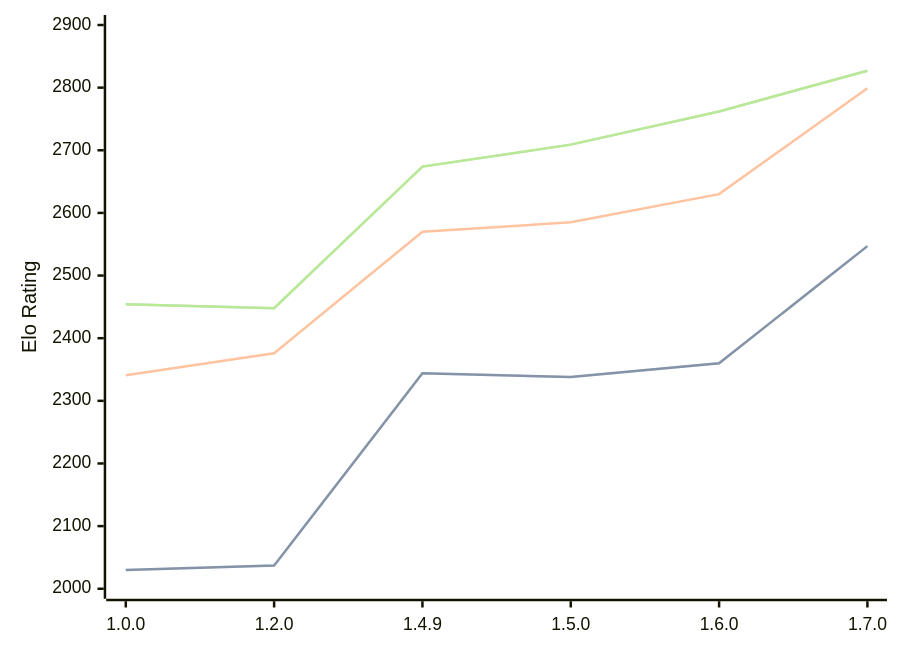
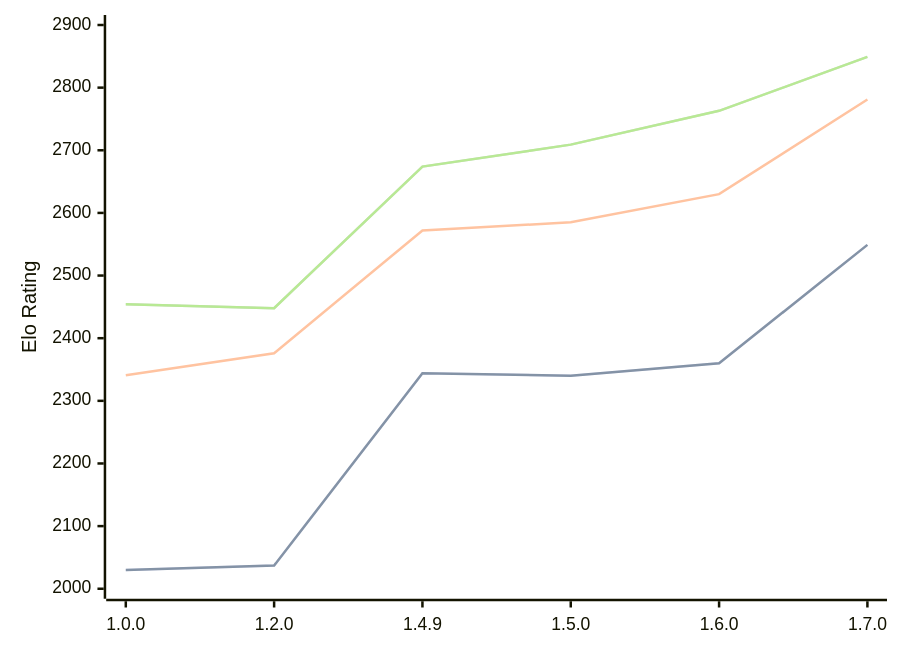
Before and after one commit to computer-chess-index/cci: the first of 3 diagrams in engines/Basilisk.md, drawn with Mermaid. The commit also changed other lines of this file, not shown here.

Commit message:
Update CCI Ratings (ELO VLTC) - 2026-07-02

````diff
--- a/engines/Basilisk.md
+++ b/engines/Basilisk.md
@@ -50,11 +50,11 @@
 ```mermaid
 %%{init: {"theme":"base","themeVariables":{"seriesColors:['#a3a3a3','#222221','#faa371']}}}%%
 xychart-beta
   x-axis ["1.0.0", "1.2.0", "1.4.9", "1.5.0", "1.6.0", "1.7.0"]
   y-axis "Elo Rating" 2000 --> 2900
-  line "STC (8.0+0.08s)" [2030, 2037, 2344, 2338, 2360, 2547]
-  line "STC (8.0+0.08s)" [2030, 2037, 2344, 2338, 2360, 2547]
-  line "LTC (60.0+0.60s)" [2341, 2376, 2570, 2585, 2630, 2799]
-  line "VLTC (2m24s+1.12s)" [2454, 2448, 2674, 2709, 2762, 2827]
-  line "VLTC (2m24s+1.12s)" [2454, 2448, 2674, 2709, 2762, 2827]
+  line "STC (8.0+0.08s)" [2030, 2037, 2344, 2340, 2360, 2549]
+  line "STC (8.0+0.08s)" [2030, 2037, 2344, 2340, 2360, 2549]
+  line "LTC (60.0+0.60s)" [2341, 2376, 2572, 2585, 2630, 2781]
+  line "VLTC (2m24s+1.12s)" [2454, 2448, 2674, 2709, 2763, 2849]
+  line "VLTC (2m24s+1.12s)" [2454, 2448, 2674, 2709, 2763, 2849]
 ```
````
